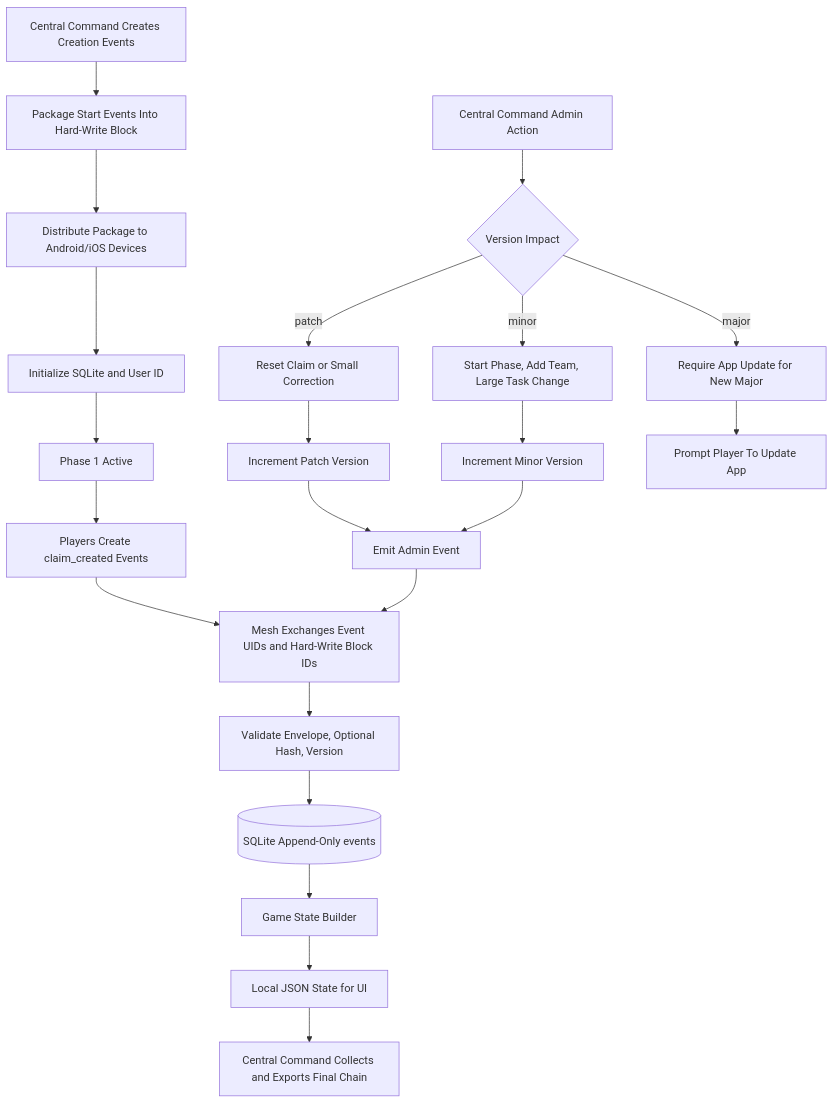
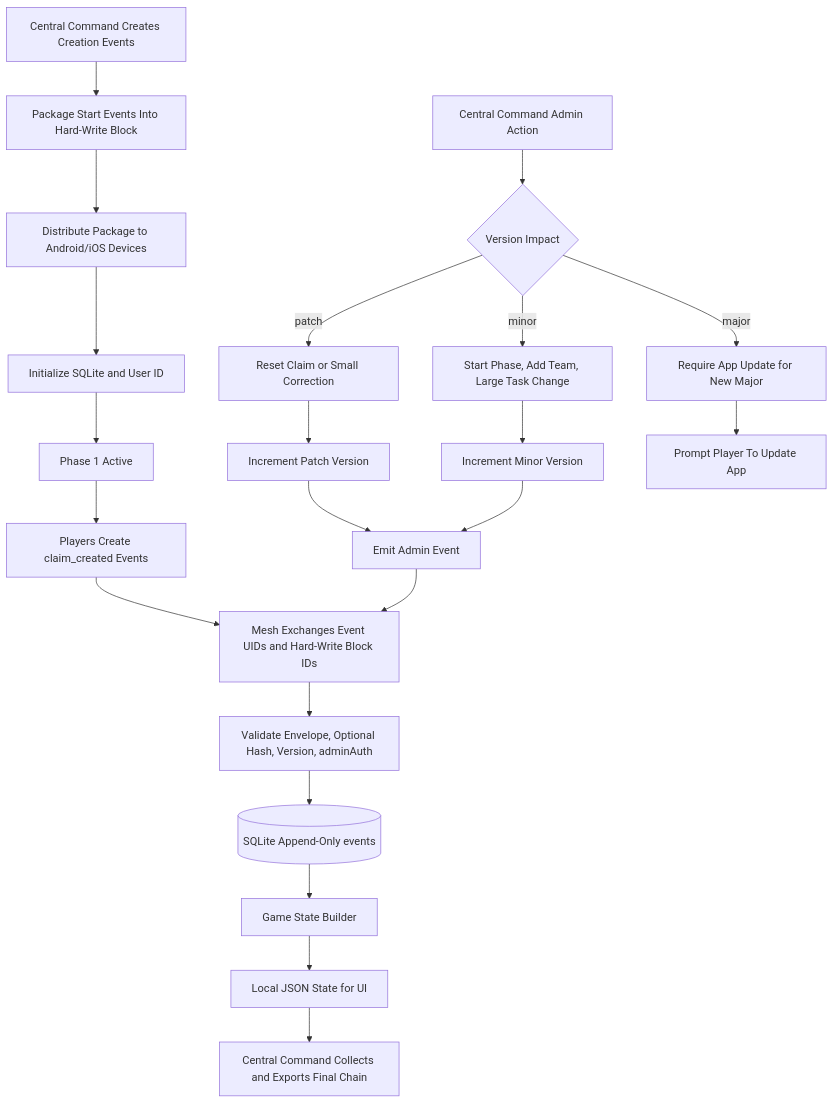
Before and after one commit to Gabriel-Gerdes/HumanHaunt: the fifth of 5 diagrams in docs/design-doc-v1.md, drawn with Mermaid. The commit also changed other lines of this file, not shown here.

````diff
--- a/docs/design-doc-v1.md
+++ b/docs/design-doc-v1.md
@@ -737,29 +753,29 @@
 ```mermaid
 flowchart TD
   setup[Central Command Creates Creation Events] --> block[Package Start Events Into Hard-Write Block]
   block --> distribute[Distribute Package to Android/iOS Devices]
   distribute --> initialize[Initialize SQLite and User ID]
   initialize --> phase1[Phase 1 Active]
 
   phase1 --> claims[Players Create claim_created Events]
   claims --> mesh[Mesh Exchanges Event UIDs and Hard-Write Block IDs]
 
   admin_action[Central Command Admin Action] --> classify{Version Impact}
   classify -->|patch| patch[Reset Claim or Small Correction]
   classify -->|minor| minor[Start Phase, Add Team, Large Task Change]
   classify -->|major| major[Require App Update for New Major]
 
   patch --> increment_patch[Increment Patch Version]
   minor --> increment_minor[Increment Minor Version]
   major --> update_prompt[Prompt Player To Update App]
 
   increment_patch --> emit[Emit Admin Event]
   increment_minor --> emit
   emit --> mesh
 
-  mesh --> verify[Validate Envelope, Optional Hash, Version]
+  mesh --> verify[Validate Envelope, Optional Hash, Version, adminAuth]
   verify --> store[(SQLite Append-Only events)]
   store --> builder[Game State Builder]
   builder --> state[Local JSON State for UI]
   state --> export[Central Command Collects and Exports Final Chain]
 ```
````
